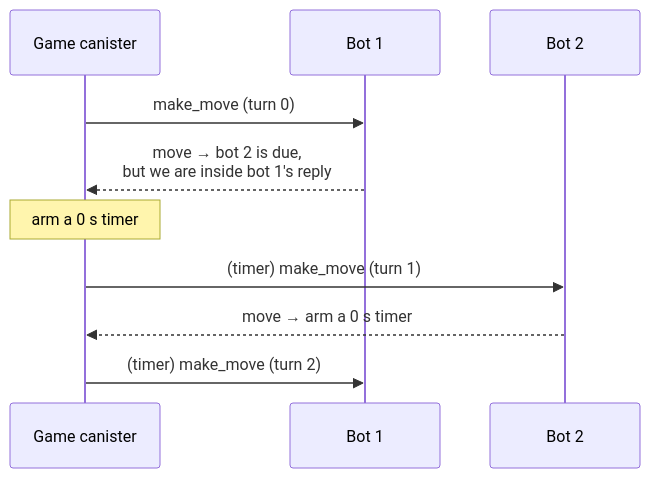
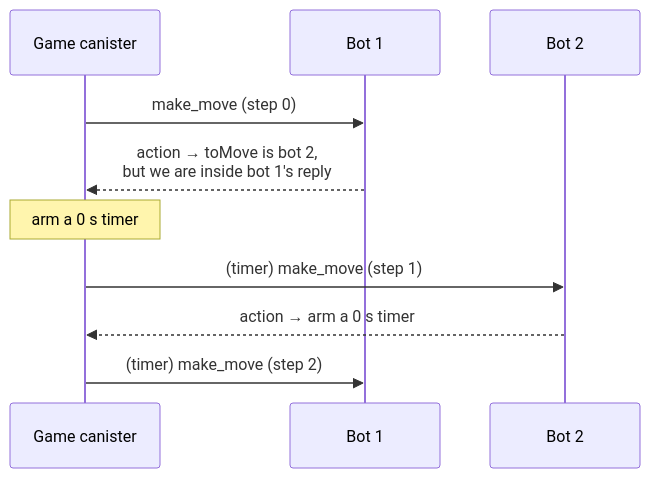
One commit to research-ag/duel-core changed the ninth of 9 diagrams in DESIGN.md. Above: the diagram before and after it, drawn with Mermaid. The commit also changed other lines of this file and 23 other files, not shown here.

````diff
--- a/DESIGN.md
+++ b/DESIGN.md
@@ -345,12 +442,12 @@
 ```mermaid
 sequenceDiagram
   participant C as Game canister
   participant K1 as Bot 1
   participant K2 as Bot 2
-  C->>K1: make_move (turn 0)
-  K1-->>C: move → bot 2 is due,<br/>but we are inside bot 1's reply
+  C->>K1: make_move (step 0)
+  K1-->>C: action → toMove is bot 2,<br/>but we are inside bot 1's reply
   Note over C: arm a 0 s timer
-  C->>K2: (timer) make_move (turn 1)
-  K2-->>C: move → arm a 0 s timer
-  C->>K1: (timer) make_move (turn 2)
+  C->>K2: (timer) make_move (step 1)
+  K2-->>C: action → arm a 0 s timer
+  C->>K1: (timer) make_move (step 2)
 ```
````
